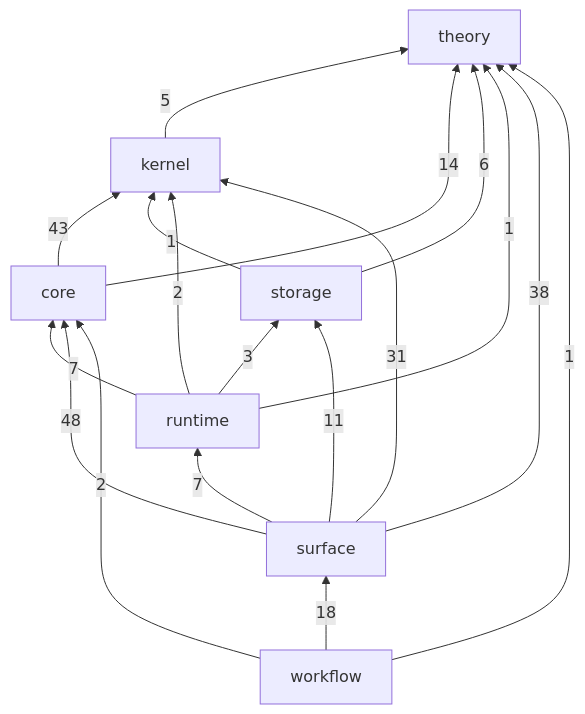
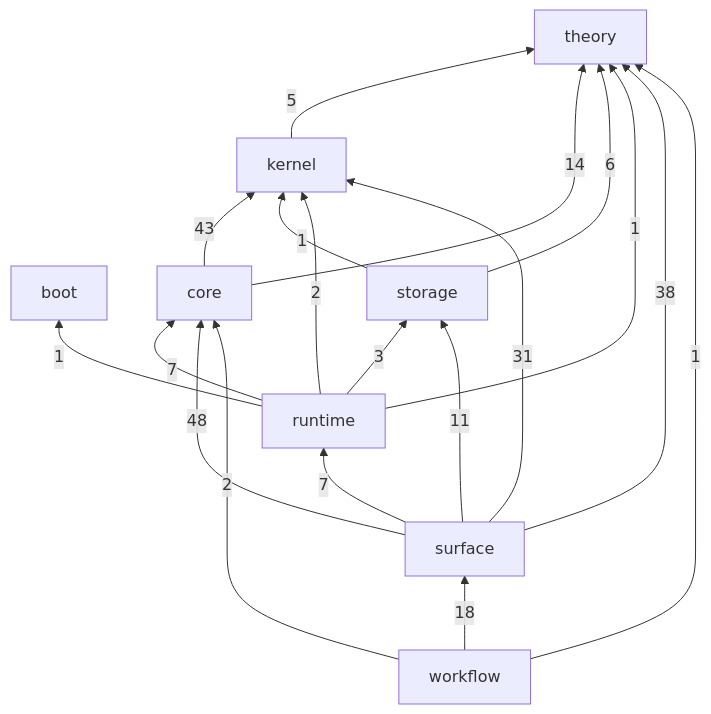
Before and after one commit to gandr-lang/gandr: the first of 2 diagrams in crates/README.md, drawn with Mermaid. The commit also changed 1 other file, not shown here.

Commit message:
docs(boot): the crate map shows the area boot and the emitter's edge
The map of the areas gains the area boot, and the edge from runtime to
boot of the emitter's one dependency on the crate.

````diff
--- a/crates/README.md
+++ b/crates/README.md
@@ -28,27 +28,29 @@
 ```mermaid
 flowchart BT
+  boot
   theory
   kernel
   core
   storage
   runtime
   surface
   workflow
   kernel -->|5| theory
   core -->|14| theory
   core -->|43| kernel
   storage -->|6| theory
   storage -->|1| kernel
+  runtime -->|1| boot
   runtime -->|1| theory
   runtime -->|2| kernel
   runtime -->|7| core
   runtime -->|3| storage
   surface -->|38| theory
   surface -->|31| kernel
   surface -->|48| core
   surface -->|11| storage
   surface -->|7| runtime
   workflow -->|1| theory
   workflow -->|2| core
   workflow -->|18| surface
 ```
````
